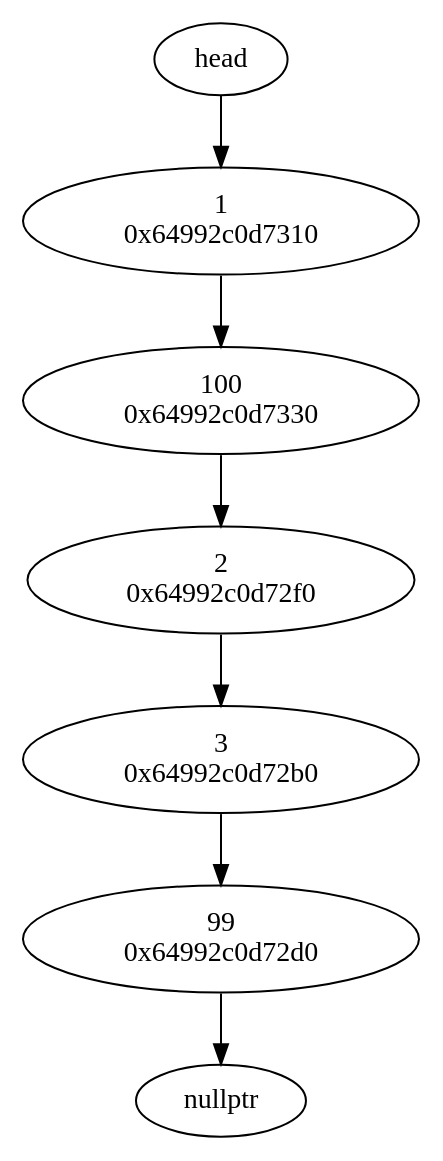
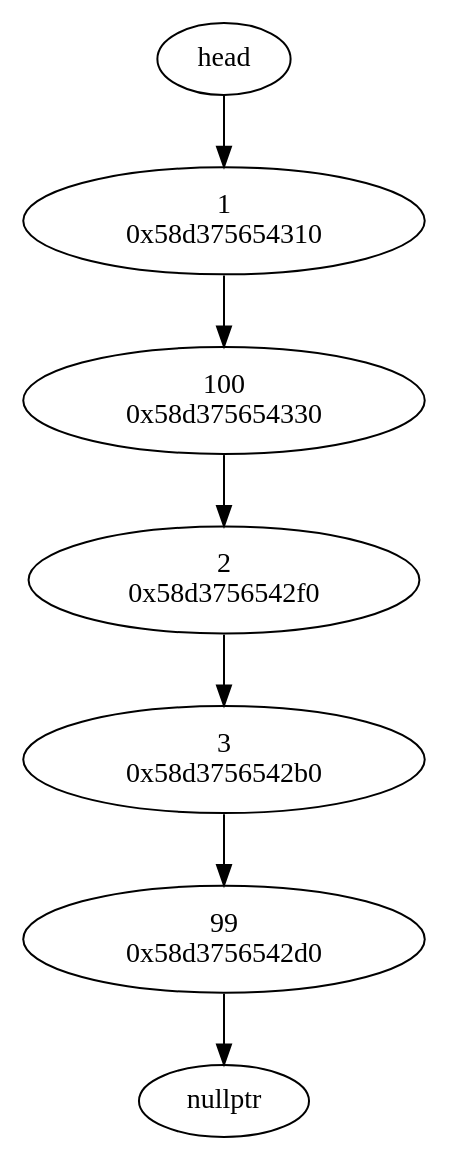
The diagram in src/graphviz/linkedList.dot (HenryD11703/estructuras-de-datos), drawn with Graphviz before and after one commit. The commit also changed 5 other files, not shown here.

```diff
--- a/src/graphviz/linkedList.dot
+++ b/src/graphviz/linkedList.dot
@@ -1,15 +1,15 @@
 digraph g {
 Head [label="head"];
 Head -> 1
-1[label="1\n0x64992c0d7310"]
+1[label="1\n0x58d375654310"]
 1->2
-2[label="100\n0x64992c0d7330"]
+2[label="100\n0x58d375654330"]
 2->3
-3[label="2\n0x64992c0d72f0"]
+3[label="2\n0x58d3756542f0"]
 3->4
-4[label="3\n0x64992c0d72b0"]
+4[label="3\n0x58d3756542b0"]
 4->5
-5[label="99\n0x64992c0d72d0"]
+5[label="99\n0x58d3756542d0"]
 5->6
 6[label="nullptr"]
 }
```
